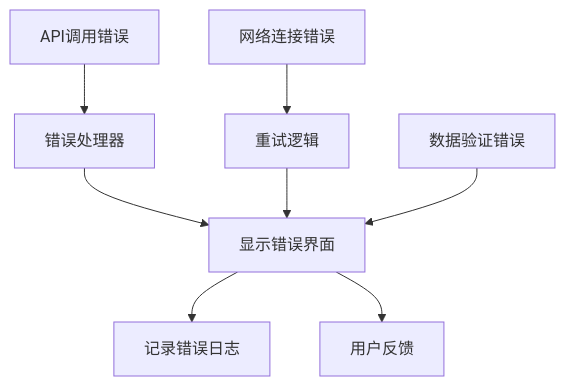
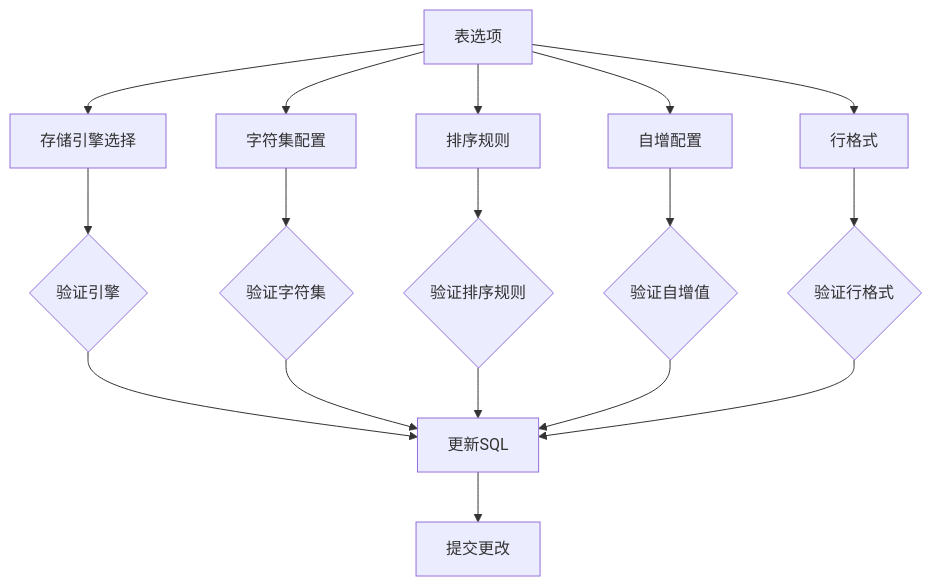
One commit to wwenbo2048/nexsql changed diagram 12 of 16 in .qoder/repowiki/zh/content/前端组件系统/表设计组件.md. Above: the diagram before and after it, drawn with Mermaid. The commit also changed other lines of this file and 19 other files, not shown here.

````diff
--- a/.qoder/repowiki/zh/content/前端组件系统/表设计组件.md
+++ b/.qoder/repowiki/zh/content/前端组件系统/表设计组件.md
@@ -336,10 +598,19 @@
 ```mermaid
 flowchart TD
-APIError[API调用错误] --> ErrorHandler[错误处理器]
-ErrorHandler --> ShowError[显示错误界面]
-ShowError --> LogError[记录错误日志]
-NetworkError[网络连接错误] --> RetryLogic[重试逻辑]
-RetryLogic --> ShowError
-ValidationError[数据验证错误] --> ShowError
-ShowError --> UserFeedback[用户反馈]
+TableOptions[表选项] --> EngineSelect[存储引擎选择]
+TableOptions --> CharsetSelect[字符集配置]
+TableOptions --> CollationSelect[排序规则]
+TableOptions --> AutoIncrement[自增配置]
+TableOptions --> RowFormat[行格式]
+EngineSelect --> ValidateEngine{验证引擎}
+CharsetSelect --> ValidateCharset{验证字符集}
+CollationSelect --> ValidateCollation{验证排序规则}
+AutoIncrement --> ValidateAutoInc{验证自增值}
+RowFormat --> ValidateRowFormat{验证行格式}
+ValidateEngine --> UpdateSQL[更新SQL]
+ValidateCharset --> UpdateSQL
+ValidateCollation --> UpdateSQL
+ValidateAutoInc --> UpdateSQL
+ValidateRowFormat --> UpdateSQL
+UpdateSQL --> Commit[提交更改]
 ```
````
